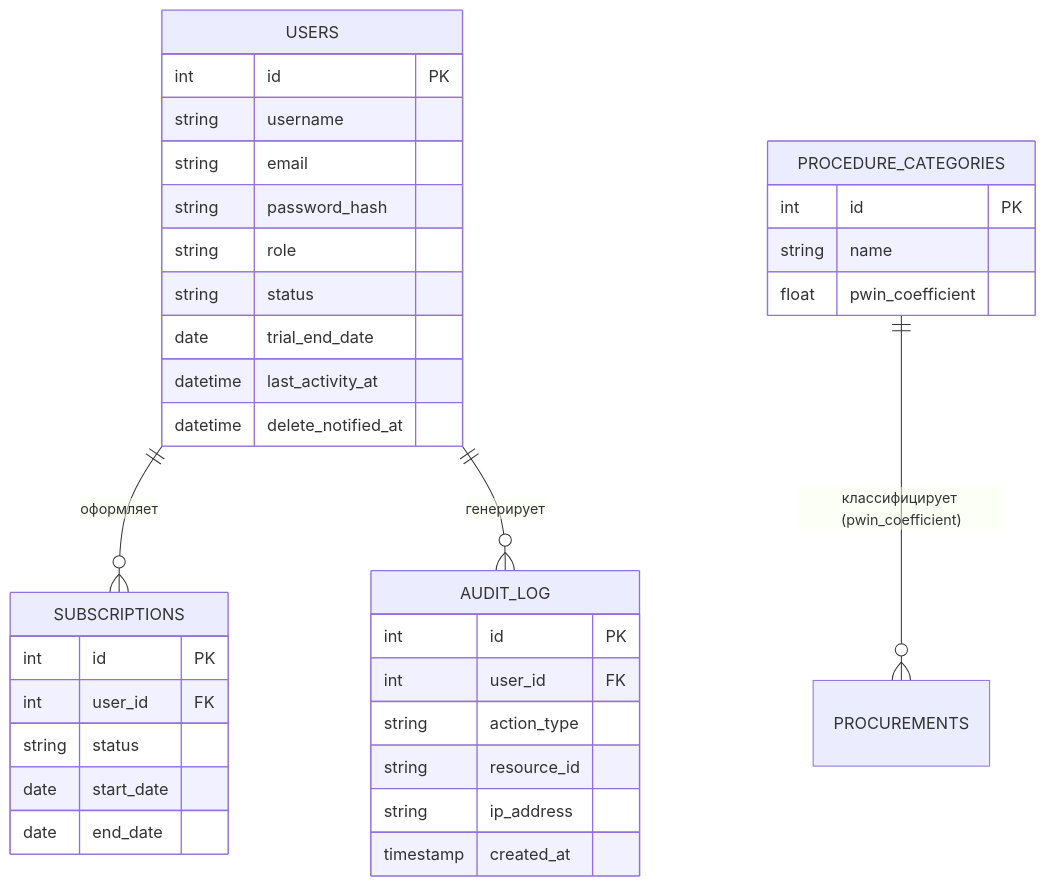
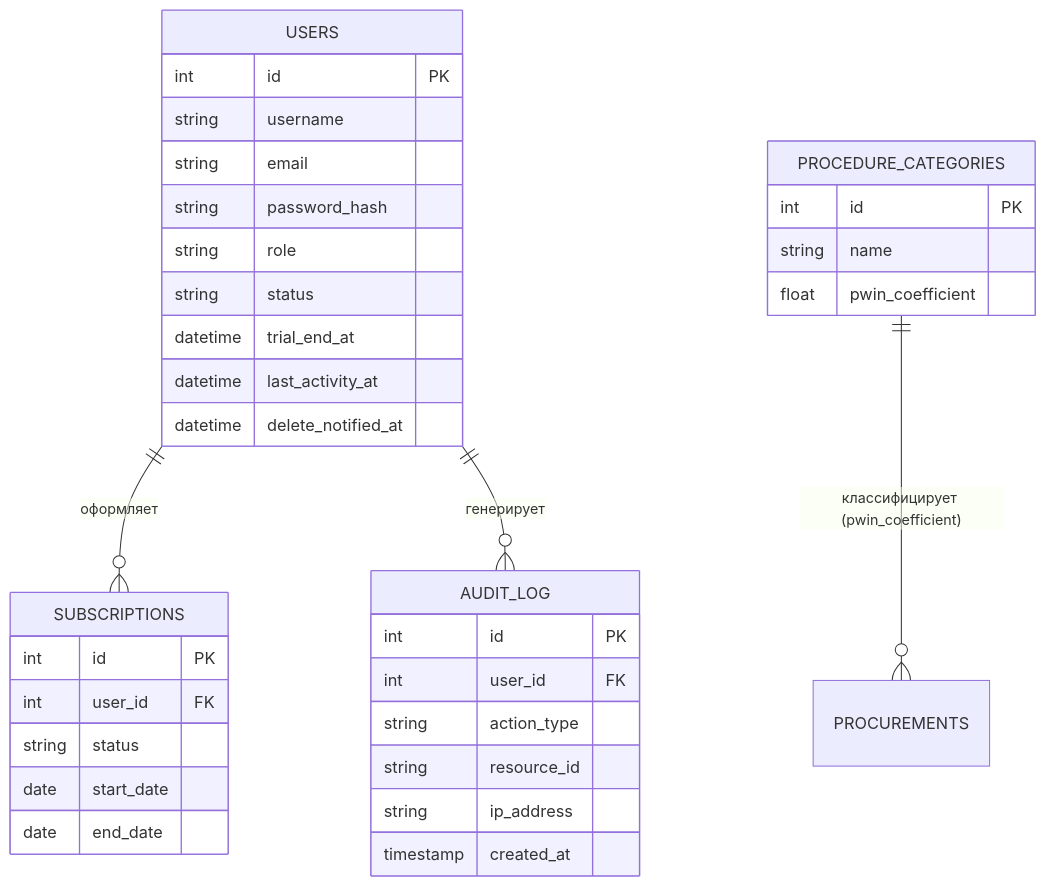
Before and after one commit to igorvolk1961/zakupki_parser: the second of 2 diagrams in docs/system_analysis/04_Data_and_NFR/01_er_diagram.md, drawn with Mermaid. The commit also changed other lines of this file and 11 other files, not shown here.

````diff
--- a/docs/system_analysis/04_Data_and_NFR/01_er_diagram.md
+++ b/docs/system_analysis/04_Data_and_NFR/01_er_diagram.md
@@ -244,37 +264,37 @@
 ```mermaid
 erDiagram
     USERS ||--o{ SUBSCRIPTIONS : "оформляет"
     USERS ||--o{ AUDIT_LOG : "генерирует"
     PROCEDURE_CATEGORIES ||--o{ PROCUREMENTS : "классифицирует (pwin_coefficient)"
     USERS {
         int id PK
         string username
         string email
         string password_hash
         string role
         string status
-        date trial_end_date
+        datetime trial_end_at
         datetime last_activity_at
         datetime delete_notified_at
     }
     SUBSCRIPTIONS {
         int id PK
         int user_id FK
         string status
         date start_date
         date end_date
     }
     AUDIT_LOG {
         int id PK
         int user_id FK
         string action_type
         string resource_id
         string ip_address
         timestamp created_at
     }
     PROCEDURE_CATEGORIES {
         int id PK
         string name
         float pwin_coefficient
     }
 ```
````
